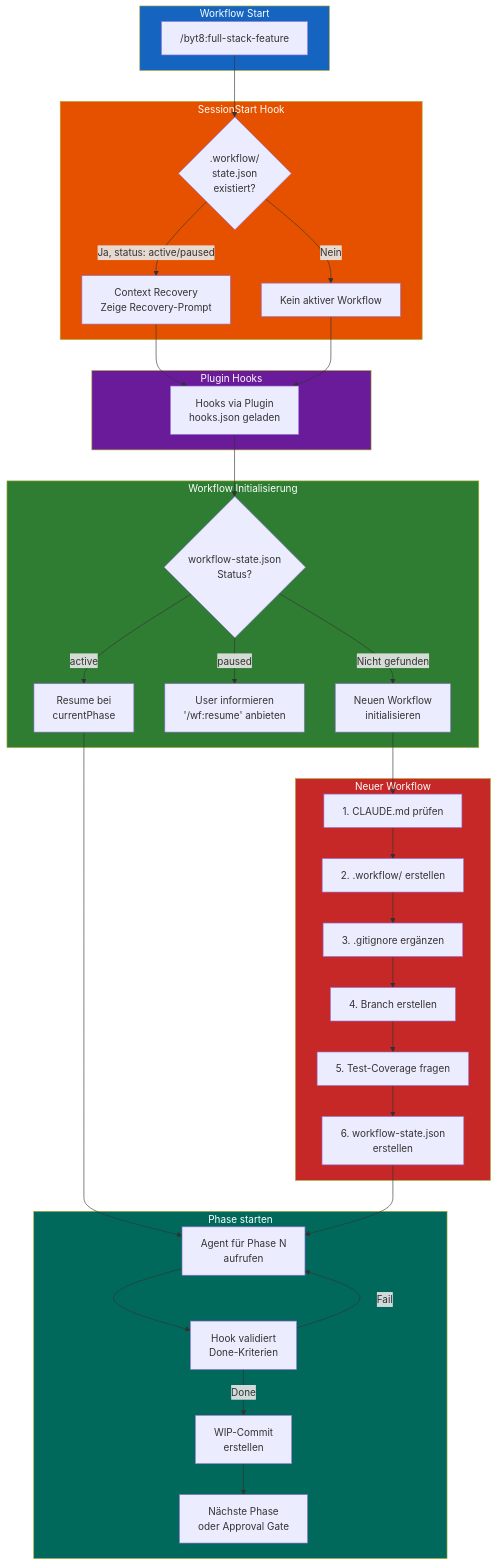
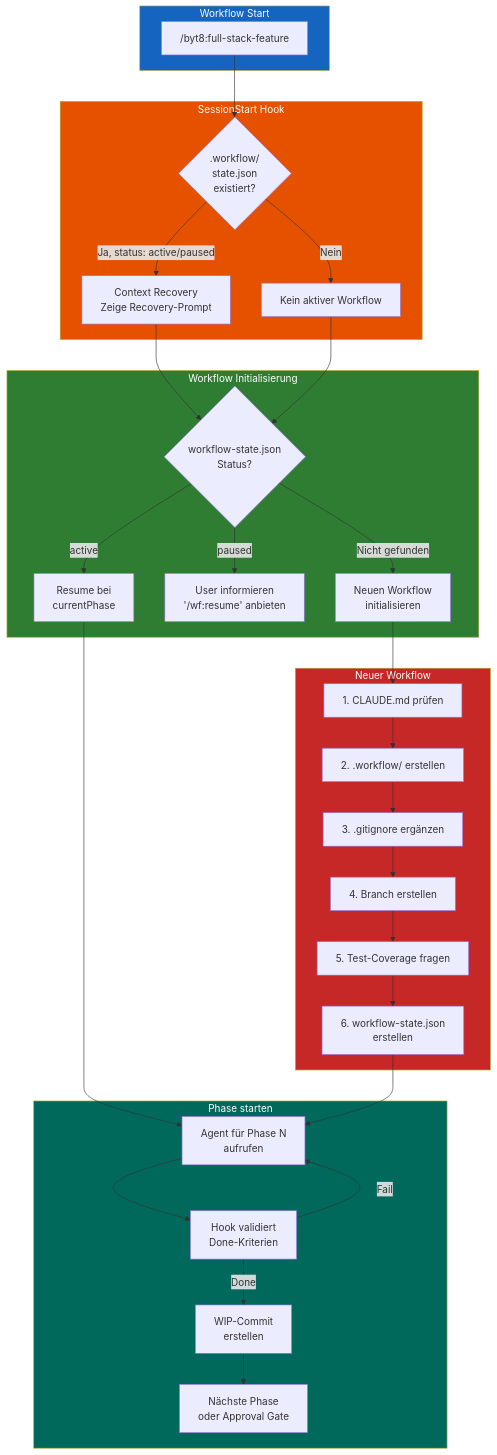
One commit to byteAgenten/byteagenten-marketplace changed the diagram in plugins/byt8/README.md. Above: the diagram before and after it, drawn with Mermaid. The commit also changed other lines of this file and 13 other files, not shown here.

````diff
--- a/plugins/byt8/README.md
+++ b/plugins/byt8/README.md
@@ -179,64 +190,58 @@
 ```mermaid
 flowchart TD
     subgraph TRIGGER["Workflow Start"]
         A["/byt8:full-stack-feature"]
     end
 
     subgraph SESSION["SessionStart Hook"]
         B{".workflow/<br/>state.json<br/>existiert?"}
         C["Context Recovery<br/>Zeige Recovery-Prompt"]
         D["Kein aktiver Workflow"]
-    end
-
-    subgraph HOOKS_SETUP["Plugin Hooks"]
-        E["Hooks via Plugin<br/>hooks.json geladen"]
     end
 
     subgraph INIT["Workflow Initialisierung"]
         H{"workflow-state.json<br/>Status?"}
         I["Resume bei<br/>currentPhase"]
         J["User informieren<br/>'/wf:resume' anbieten"]
         K["Neuen Workflow<br/>initialisieren"]
     end
 
     subgraph NEW_WF["Neuer Workflow"]
         L["1. CLAUDE.md prüfen"]
         M["2. .workflow/ erstellen"]
         N["3. .gitignore ergänzen"]
         O["4. Branch erstellen"]
         P["5. Test-Coverage fragen"]
         Q["6. workflow-state.json<br/>erstellen"]
     end
 
     subgraph PHASE["Phase starten"]
         R["Agent für Phase N<br/>aufrufen"]
         S["Hook validiert<br/>Done-Kriterien"]
         T["WIP-Commit<br/>erstellen"]
         U["Nächste Phase<br/>oder Approval Gate"]
     end
 
     A --> B
     B -->|Ja, status: active/paused| C
     B -->|Nein| D
-    C --> E
-    D --> E
-    E --> H
+    C --> H
+    D --> H
     H -->|"active"| I
     H -->|"paused"| J
     H -->|Nicht gefunden| K
     I --> R
     K --> L
     L --> M --> N --> O --> P --> Q
     Q --> R
     R --> S
     S -->|"Done"| T
     T --> U
     S -->|"Fail"| R
 
     style TRIGGER fill:#1565c0,color:#fff
     style SESSION fill:#e65100,color:#fff
-    style HOOKS_SETUP fill:#6a1b9a,color:#fff
     style INIT fill:#2e7d32,color:#fff
     style NEW_WF fill:#c62828,color:#fff
     style PHASE fill:#00695c,color:#fff
 ```
````
